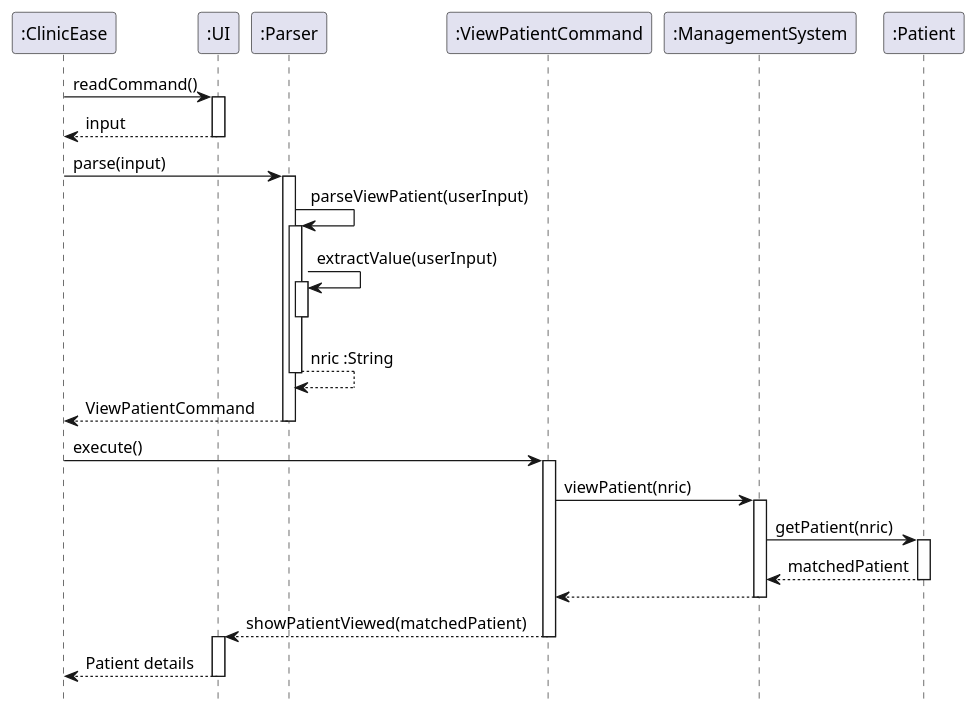
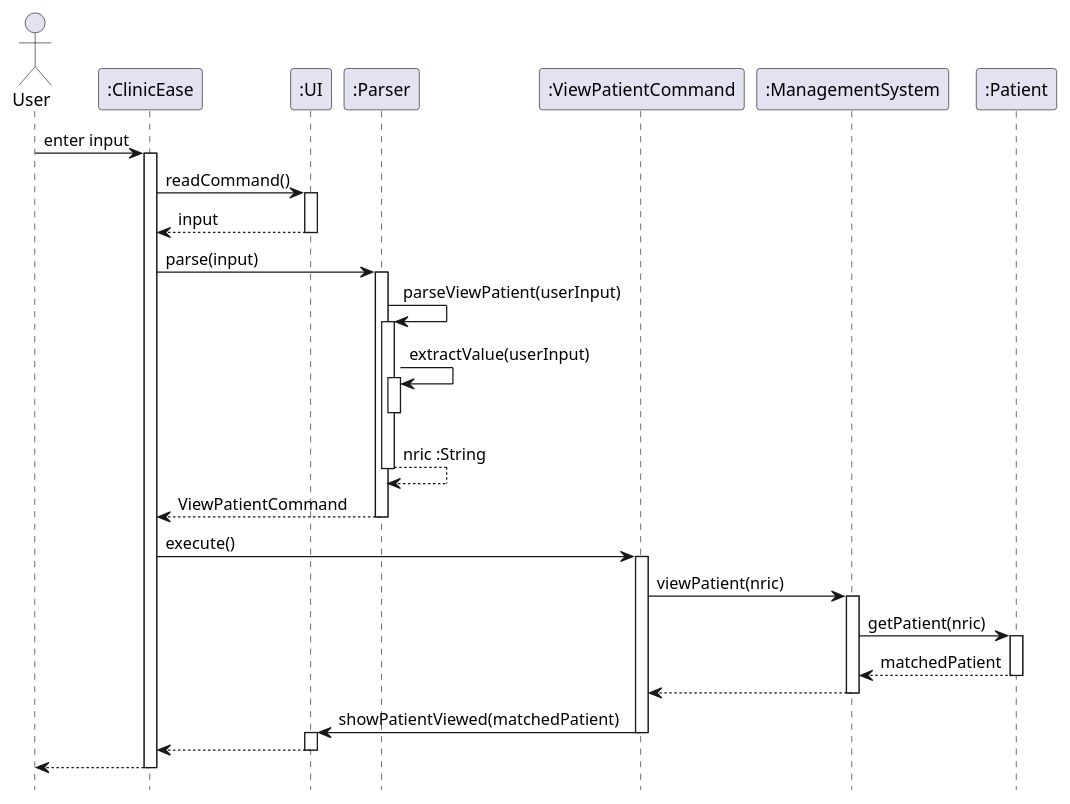
One commit to chwenyee/tp changed the diagram in docs/diagrams/viewPatientSequence.puml. Above: the diagram before and after it, drawn with PlantUML.

Commit message:
update view-patient DG

```diff
--- a/docs/diagrams/viewPatientSequence.puml
+++ b/docs/diagrams/viewPatientSequence.puml
@@ -1,52 +1,60 @@
 @startuml
 hide footbox
+
+actor User
 
 participant ":ClinicEase" as ClinicEase
 participant ":UI" as UI
 participant ":Parser" as Parser
 participant ":ViewPatientCommand" as ViewPatientCommand
 participant ":ManagementSystem" as ManagementSystem
 participant ":Patient" as Patient
+
+User -> ClinicEase : enter input
+activate ClinicEase
 
 ClinicEase -> UI : readCommand()
 activate UI
 
 UI --> ClinicEase : input
 deactivate UI
 ClinicEase -> Parser : parse(input)
 activate Parser
 Parser -> Parser : parseViewPatient(userInput)
 activate Parser
 Parser -> Parser : extractValue(userInput)
 activate Parser
 deactivate Parser
 Parser --> Parser : nric :String
 deactivate Parser
 
 Parser --> ClinicEase : ViewPatientCommand
 
 deactivate Parser
 
 ClinicEase -> ViewPatientCommand : execute()
 activate ViewPatientCommand
 
 ViewPatientCommand -> ManagementSystem : viewPatient(nric)
 activate ManagementSystem
 
 ManagementSystem -> Patient : getPatient(nric)
 activate Patient
 
 Patient --> ManagementSystem : matchedPatient
 deactivate Patient
 
 ManagementSystem --> ViewPatientCommand
 deactivate ManagementSystem
 
-ViewPatientCommand --> UI : showPatientViewed(matchedPatient)
+ViewPatientCommand -> UI : showPatientViewed(matchedPatient)
 deactivate ViewPatientCommand
 activate UI
 
-UI --> ClinicEase : Patient details
+UI --> ClinicEase
 deactivate UI
 
+ClinicEase --> User
+deactivate ClinicEase
+
 @enduml
```
